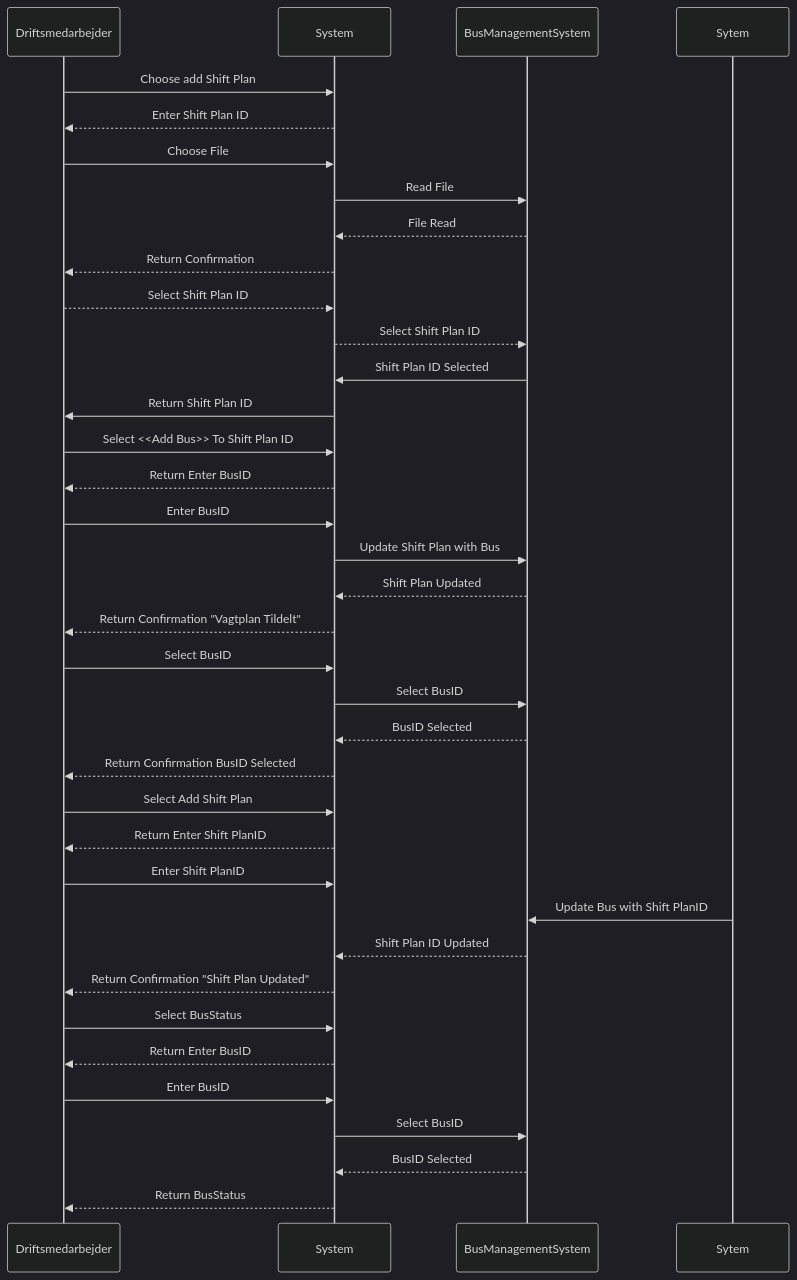
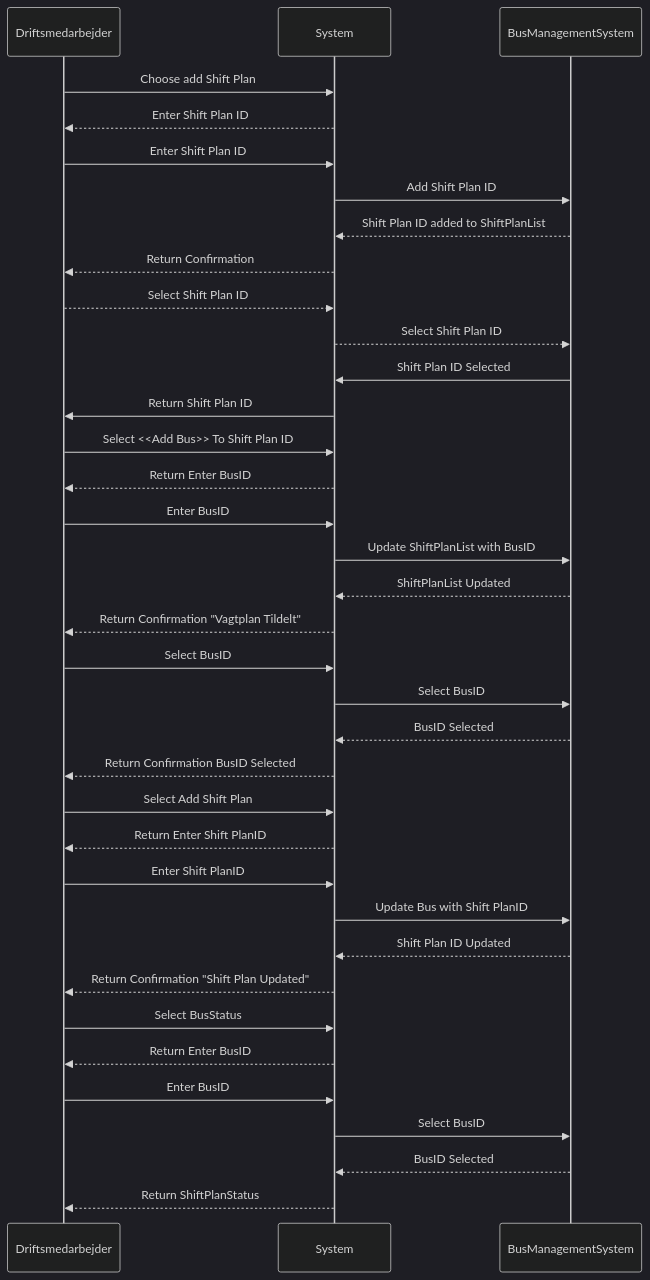
Before and after one commit to Team-14-pa-UCL/Getting-Real2: the diagram in Dokumentation/Iteration 2/Use Case 5/SD.mmd, drawn with Mermaid (dark theme). The commit also changed 1 other file, not shown here.

```diff
--- a/Dokumentation/Iteration 2/Use Case 5/SD.mmd
+++ b/Dokumentation/Iteration 2/Use Case 5/SD.mmd
@@ -1,40 +1,40 @@
 sequenceDiagram
 	participant Driftsmedarbejder
 	participant System
 	participant BusManagementSystem
 
 	Driftsmedarbejder ->> System : Choose add Shift Plan
 	System -->> Driftsmedarbejder : Enter Shift Plan ID
-	Driftsmedarbejder ->> System : Choose File
-	System ->> BusManagementSystem : Read File
-	BusManagementSystem -->> System : File Read
+	Driftsmedarbejder ->> System : Enter Shift Plan ID
+	System ->> BusManagementSystem : Add Shift Plan ID
+	BusManagementSystem -->> System : Shift Plan ID added to ShiftPlanList
 	System -->> Driftsmedarbejder : Return Confirmation
 
 	Driftsmedarbejder -->> System : Select Shift Plan ID
 	System -->> BusManagementSystem : Select Shift Plan ID
 	BusManagementSystem ->> System : Shift Plan ID Selected
 	System ->> Driftsmedarbejder : Return Shift Plan ID
 	Driftsmedarbejder ->> System : Select <<Add Bus>> To Shift Plan ID
 	System -->> Driftsmedarbejder : Return Enter BusID
 	Driftsmedarbejder ->> System : Enter BusID
-	System ->> BusManagementSystem : Update Shift Plan with Bus
-	BusManagementSystem -->> System : Shift Plan Updated
+	System ->> BusManagementSystem : Update ShiftPlanList with BusID
+	BusManagementSystem -->> System : ShiftPlanList Updated
 	System -->> Driftsmedarbejder : Return Confirmation "Vagtplan Tildelt"
 
 	Driftsmedarbejder ->> System : Select BusID
 	System ->> BusManagementSystem : Select BusID
 	BusManagementSystem -->> System : BusID Selected
 	System -->> Driftsmedarbejder : Return Confirmation BusID Selected
 	Driftsmedarbejder ->> System : Select Add Shift Plan
 	System -->> Driftsmedarbejder : Return Enter Shift PlanID
 	Driftsmedarbejder ->> System : Enter Shift PlanID
-	Sytem ->> BusManagementSystem : Update Bus with Shift PlanID
+	System ->> BusManagementSystem : Update Bus with Shift PlanID
 	BusManagementSystem -->> System : Shift Plan ID Updated
 	System -->> Driftsmedarbejder : Return Confirmation "Shift Plan Updated"
 
 	Driftsmedarbejder ->> System : Select BusStatus
 	System -->> Driftsmedarbejder : Return Enter BusID
 	Driftsmedarbejder ->> System : Enter BusID
 	System ->> BusManagementSystem : Select BusID
 	BusManagementSystem -->> System : BusID Selected
-	System -->> Driftsmedarbejder : Return BusStatus
+	System -->> Driftsmedarbejder : Return ShiftPlanStatus
```
